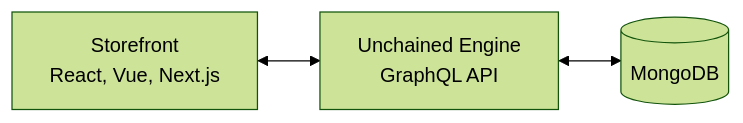
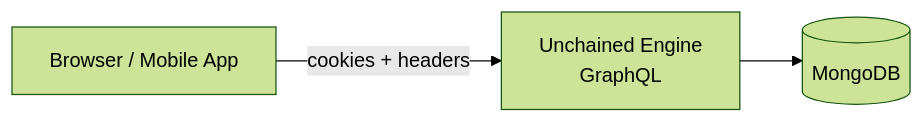
Before and after one commit to unchainedshop/unchained: the diagram in docs/docs/guides/building-a-storefront.md, drawn with Mermaid (forest theme). The commit also changed other lines of this file, not shown here.

Commit message:
Update storefront integration docs

````diff
--- a/docs/docs/guides/building-a-storefront.md
+++ b/docs/docs/guides/building-a-storefront.md
@@ -16,4 +20,9 @@
 ```mermaid
 flowchart LR
-    S[Storefront<br/>React, Vue, Next.js] <--> U[Unchained Engine<br/>GraphQL API] <--> D[(MongoDB)]
+  B[Browser / Mobile App]  
+  U[Unchained Engine<br/>GraphQL]
+  D[(MongoDB)]
+
+  B -->|cookies + headers| U
+  U --> D
 ```
````
